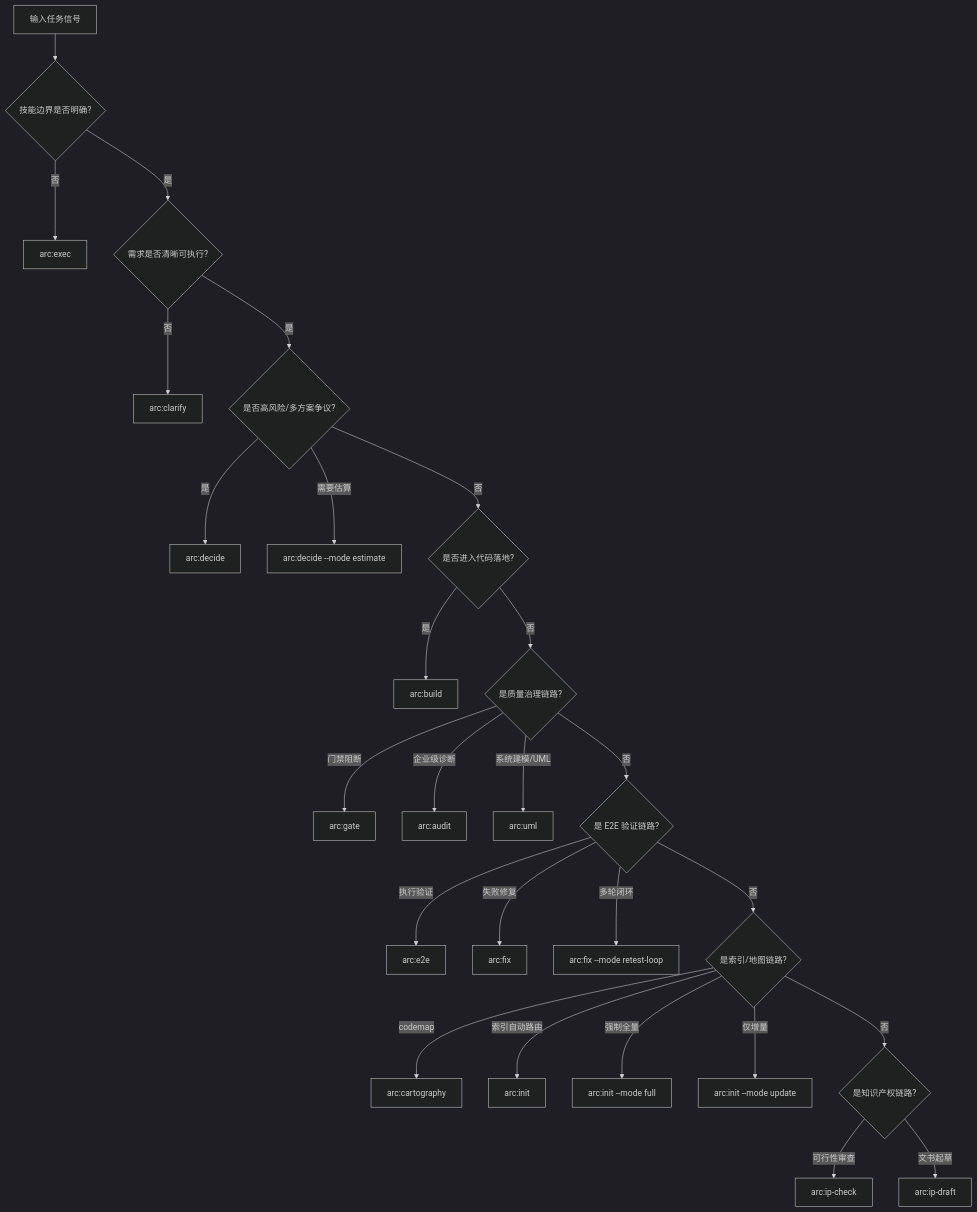
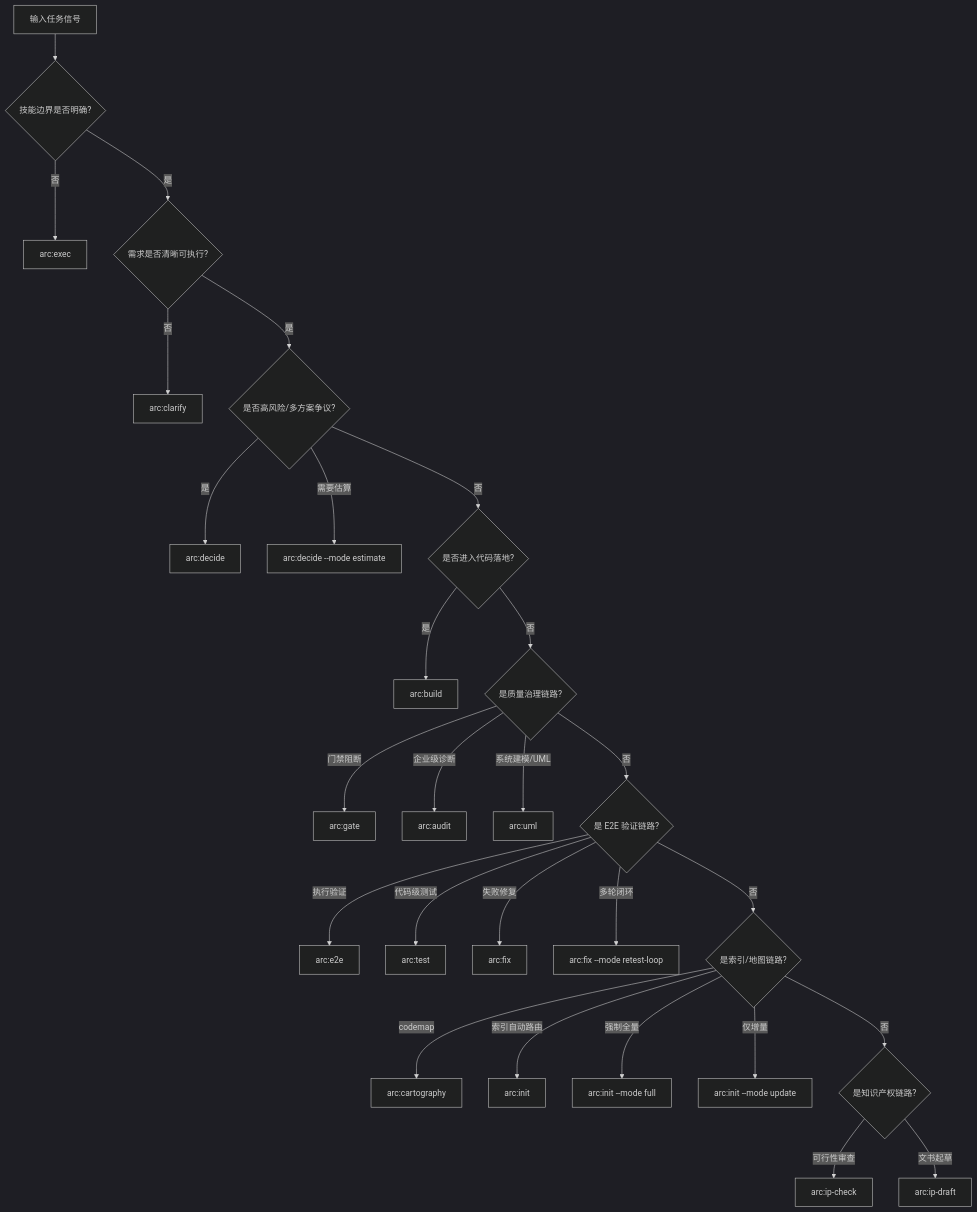
The diagram in docs/arc-routing-matrix.md (iwen-conf/Skills), drawn with Mermaid (dark theme) before and after one commit. The commit also changed other lines of this file and 28 other files, not shown here.

Commit message:
feat(skill): 新增 arc:test 技能及相关路由文档更新

````diff
--- a/docs/arc-routing-matrix.md
+++ b/docs/arc-routing-matrix.md
@@ -24,28 +25,29 @@
 ```mermaid
 flowchart TD
     A["输入任务信号"] --> B{"技能边界是否明确?"}
     B -- "否" --> AG["arc:exec"]
     B -- "是" --> C{"需求是否清晰可执行?"}
     C -- "否" --> RF["arc:clarify"]
     C -- "是" --> D{"是否高风险/多方案争议?"}
     D -- "是" --> DL["arc:decide"]
     D -- "需要估算" --> EST["arc:decide --mode estimate"]
     D -- "否" --> E{"是否进入代码落地?"}
     E -- "是" --> IM["arc:build"]
     E -- "否" --> F{"是质量治理链路?"}
     F -- "门禁阻断" --> GT["arc:gate"]
     F -- "企业级诊断" --> RV["arc:audit"]
     F -- "系统建模/UML" --> UML["arc:uml"]
     F -- "否" --> G{"是 E2E 验证链路?"}
     G -- "执行验证" --> SM["arc:e2e"]
+    G -- "代码级测试" --> UT["arc:test"]
     G -- "失败修复" --> TR["arc:fix"]
     G -- "多轮闭环" --> LP["arc:fix --mode retest-loop"]
     G -- "否" --> H{"是索引/地图链路?"}
     H -- "codemap" --> CT["arc:cartography"]
     H -- "索引自动路由" --> IN["arc:init"]
     H -- "强制全量" --> IF["arc:init --mode full"]
     H -- "仅增量" --> IU["arc:init --mode update"]
     H -- "否" --> I{"是知识产权链路?"}
     I -- "可行性审查" --> IA["arc:ip-check"]
     I -- "文书起草" --> ID["arc:ip-draft"]
 ```
````
